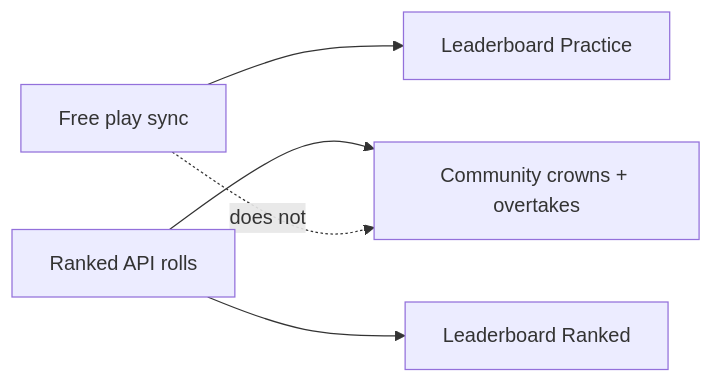
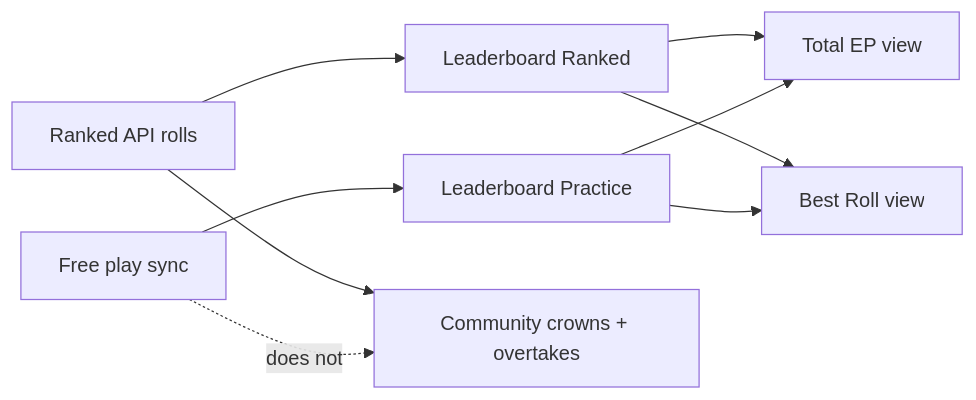
One commit to jondmarien/rngdle-unlocked changed the fourth of 6 diagrams in docs/ARCHITECTURE.md. Above: the diagram before and after it, drawn with Mermaid. The commit also changed other lines of this file and 29 other files, not shown here.

First line of the commit message:
feat: Best Roll leaderboard and Features tab (v0.6.0)

````diff
--- a/docs/ARCHITECTURE.md
+++ b/docs/ARCHITECTURE.md
@@ -125,7 +126,11 @@
 ```mermaid
 flowchart LR
   Free[Free play sync] --> Practice[Leaderboard Practice]
   Ranked[Ranked API rolls] --> RankedBoard[Leaderboard Ranked]
   Ranked --> Crowns[Community crowns + overtakes]
   Free -.->|does not| Crowns
+  RankedBoard --> TotalEP[Total EP view]
+  RankedBoard --> BestRoll[Best Roll view]
+  Practice --> TotalEP
+  Practice --> BestRoll
 ```
````
